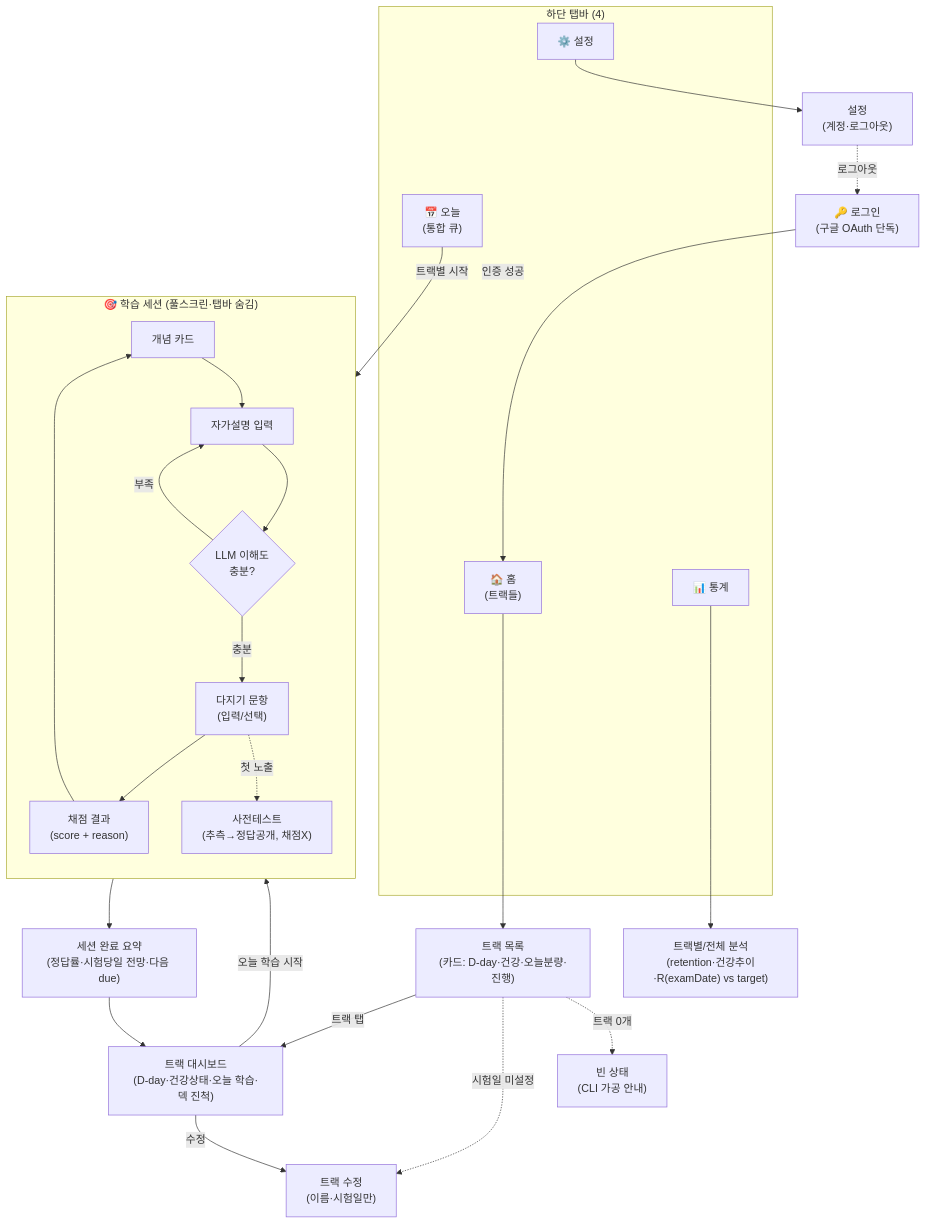
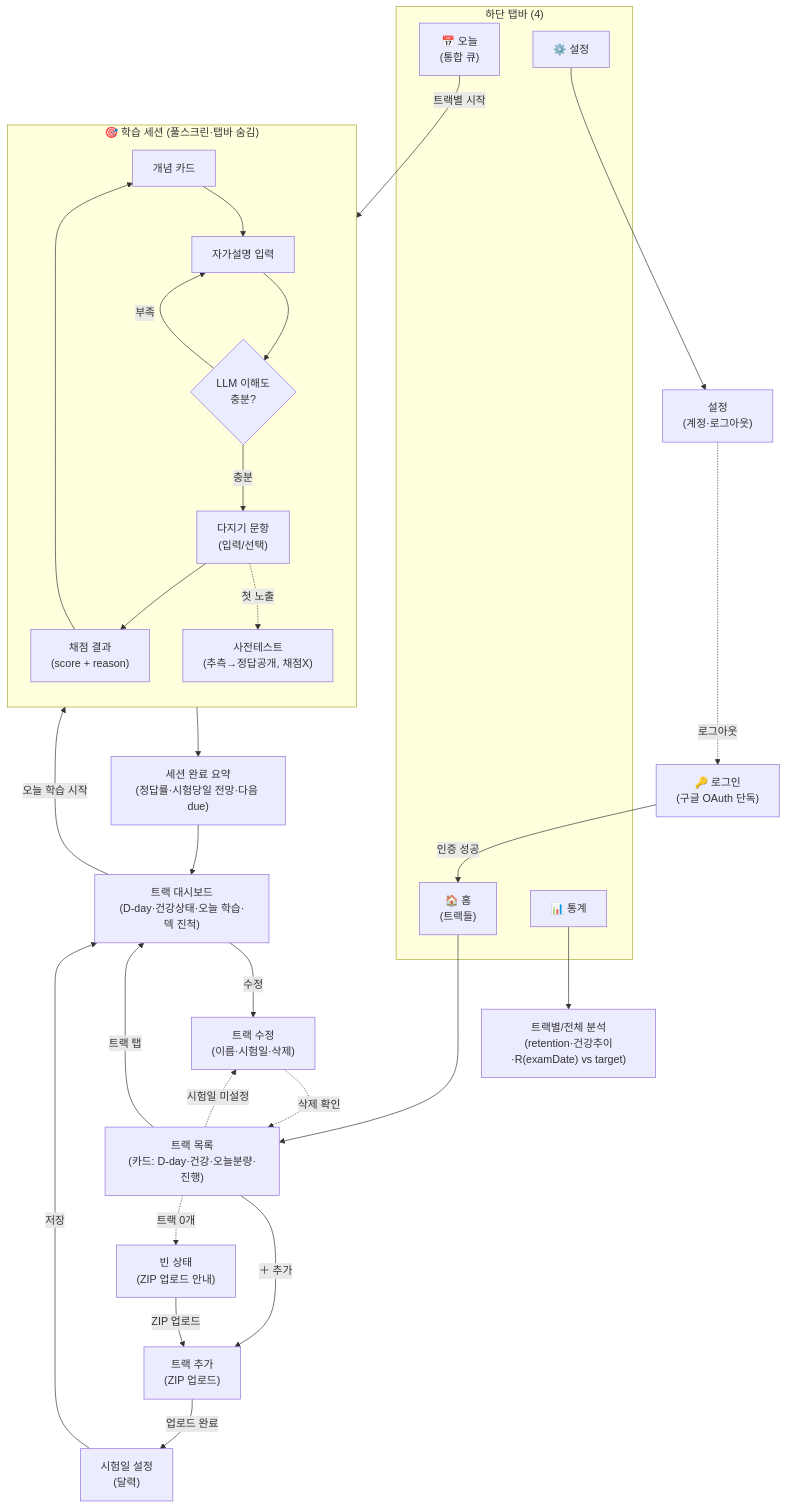
Before and after one commit to genie49/study-anything: the diagram in docs/frontend-screens.md, drawn with Mermaid. The commit also changed other lines of this file and 9 other files, not shown here.

First line of the commit message:
feat(web): ZIP 업로드 트랙 추가 흐름 + 스킬 zip 패킹

````diff
--- a/docs/frontend-screens.md
+++ b/docs/frontend-screens.md
@@ -16,38 +17,43 @@
 ```mermaid
 flowchart TD
   LOGIN["🔑 로그인<br/>(구글 OAuth 단독)"] -->|"인증 성공"| H
 
   subgraph TAB["하단 탭바 (4)"]
     H["🏠 홈<br/>(트랙들)"]
     T["📅 오늘<br/>(통합 큐)"]
     S["📊 통계"]
     C["⚙️ 설정"]
   end
 
   H --> TL["트랙 목록<br/>(카드: D-day·건강·오늘분량·진행)"]
   TL -->|"트랙 탭"| TD["트랙 대시보드<br/>(D-day·건강상태·오늘 학습·덱 진척)"]
-  TL -.시험일 미설정.-> TE["트랙 수정<br/>(이름·시험일만)"]
+  TL -.시험일 미설정.-> TE["트랙 수정<br/>(이름·시험일·삭제)"]
   TD -->|"수정"| TE
+  TL -->|"＋ 추가"| UP["트랙 추가<br/>(ZIP 업로드)"]
+  UP -->|"업로드 완료"| EX["시험일 설정<br/>(달력)"]
+  EX -->|"저장"| TD
+  TE -.삭제 확인.-> TL
 
   TD -->|"오늘 학습 시작"| SES
   T -->|"트랙별 시작"| SES
 
   subgraph SES["🎯 학습 세션 (풀스크린·탭바 숨김)"]
     direction TB
     CON["개념 카드"] --> SE["자가설명 입력"]
     SE --> GATE{"LLM 이해도<br/>충분?"}
     GATE -->|"충분"| QZ["다지기 문항<br/>(입력/선택)"]
     GATE -->|"부족"| SE
     QZ --> GR["채점 결과<br/>(score + reason)"]
     GR --> CON
     QZ -.첫 노출.-> PT["사전테스트<br/>(추측→정답공개, 채점X)"]
   end
   SES --> DONE["세션 완료 요약<br/>(정답률·시험당일 전망·다음 due)"]
   DONE --> TD
 
   S --> ST["트랙별/전체 분석<br/>(retention·건강추이·R(examDate) vs target)"]
   C --> SET["설정<br/>(계정·로그아웃)"]
   SET -.로그아웃.-> LOGIN
 
-  TL -.트랙 0개.-> EMPTY["빈 상태<br/>(CLI 가공 안내)"]
+  TL -.트랙 0개.-> EMPTY["빈 상태<br/>(ZIP 업로드 안내)"]
+  EMPTY -->|"ZIP 업로드"| UP
 ```
````
